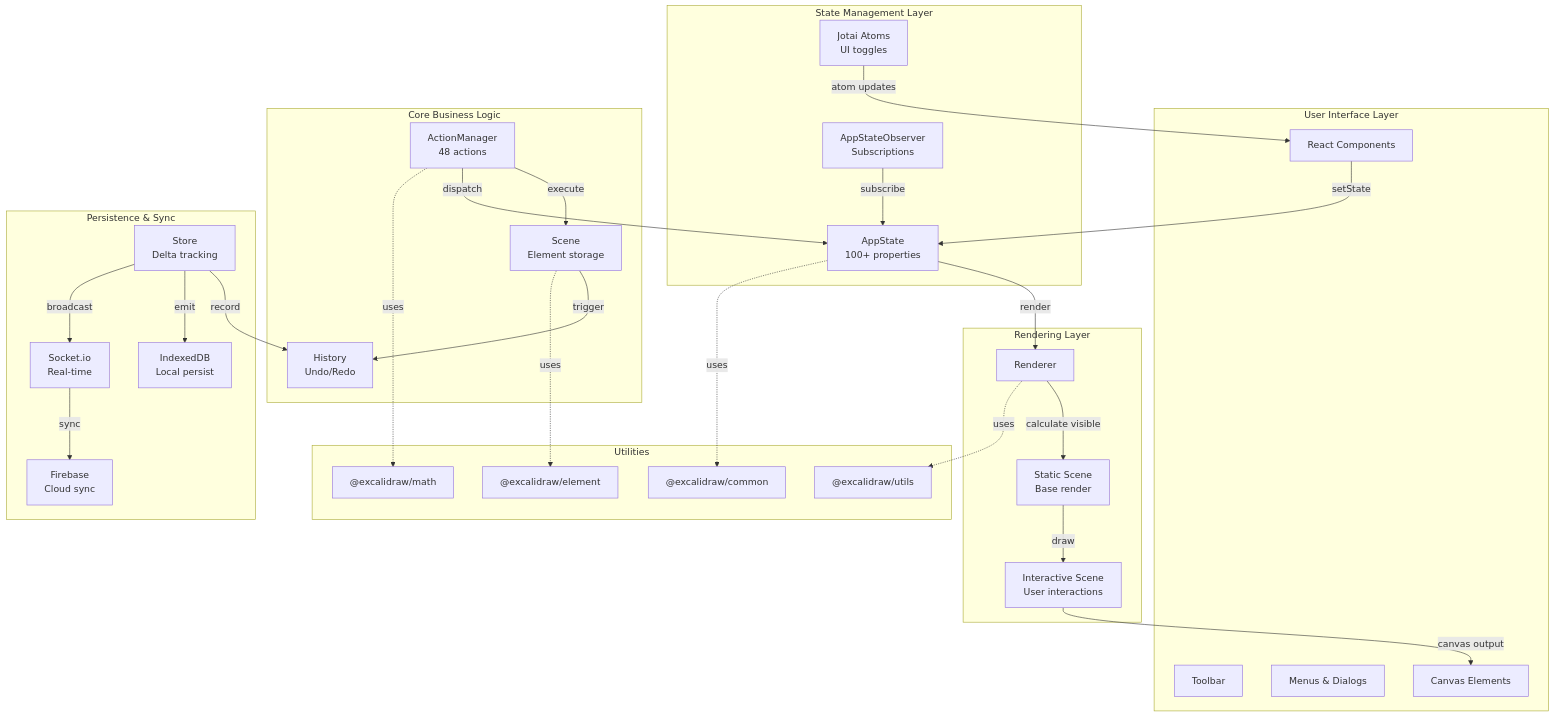
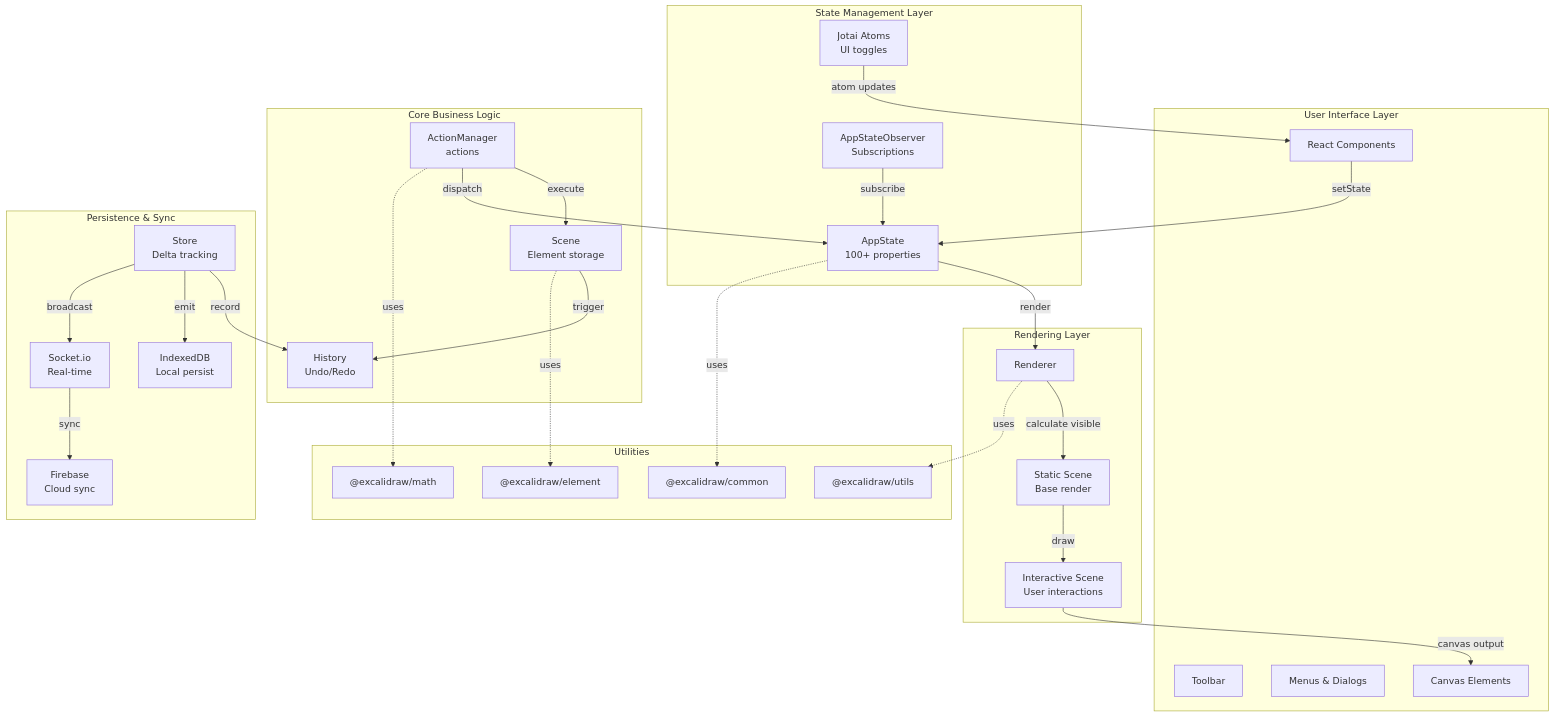
The first of 5 diagrams in docs/technical/architecture.md (vk-py-dev/2026-fwdays-agentic-large-day01-hw), drawn with Mermaid before and after one commit. The commit also changed other lines of this file and 3 other files, not shown here.

````diff
--- a/docs/technical/architecture.md
+++ b/docs/technical/architecture.md
@@ -7,61 +7,61 @@
 ```mermaid
 graph TB
     subgraph "User Interface Layer"
         UI["React Components"]
         TB["Toolbar"]
         Menu["Menus & Dialogs"]
         Canvas["Canvas Elements"]
     end
     
     subgraph "State Management Layer"
         AppState["AppState<br/>100+ properties"]
         Atoms["Jotai Atoms<br/>UI toggles"]
         Observer["AppStateObserver<br/>Subscriptions"]
     end
     
     subgraph "Core Business Logic"
-        ActionMgr["ActionManager<br/>48 actions"]
+        ActionMgr["ActionManager<br/>actions"]
         Scene["Scene<br/>Element storage"]
         History["History<br/>Undo/Redo"]
     end
     
     subgraph "Rendering Layer"
         Renderer["Renderer"]
         StaticScene["Static Scene<br/>Base render"]
         InteractiveScene["Interactive Scene<br/>User interactions"]
     end
     
     subgraph "Persistence & Sync"
         Store["Store<br/>Delta tracking"]
         LocalStorage["IndexedDB<br/>Local persist"]
         Firebase["Firebase<br/>Cloud sync"]
         SocketIO["Socket.io<br/>Real-time"]
     end
     
     subgraph "Utilities"
         Math["@excalidraw/math"]
         Element["@excalidraw/element"]
         Common["@excalidraw/common"]
         Utils["@excalidraw/utils"]
     end
     
     UI -->|setState| AppState
     Atoms -->|atom updates| UI
     Observer -->|subscribe| AppState
     ActionMgr -->|execute| Scene
     Scene -->|trigger| History
     ActionMgr -->|dispatch| AppState
     AppState -->|render| Renderer
     Renderer -->|calculate visible| StaticScene
     StaticScene -->|draw| InteractiveScene
     InteractiveScene -->|canvas output| Canvas
     Store -->|record| History
     Store -->|emit| LocalStorage
     Store -->|broadcast| SocketIO
     SocketIO -->|sync| Firebase
     
     ActionMgr -.->|uses| Math
     Scene -.->|uses| Element
     AppState -.->|uses| Common
     Renderer -.->|uses| Utils
 ```
````
